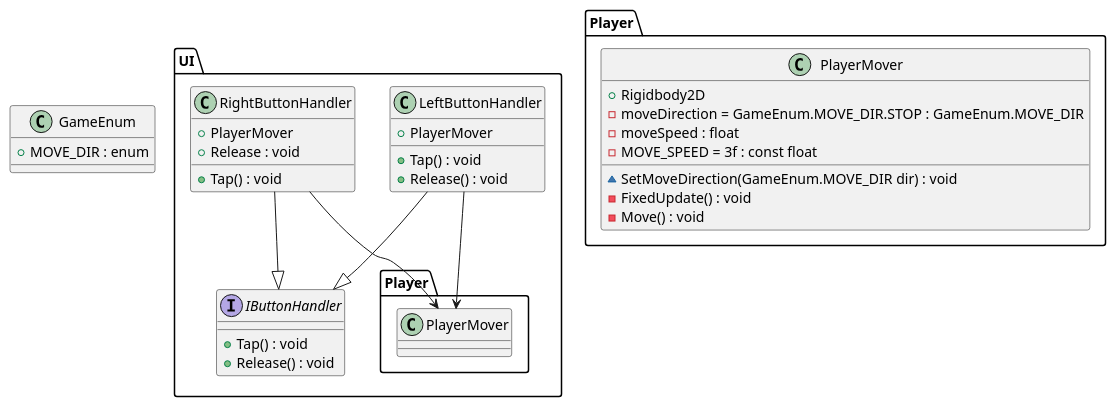
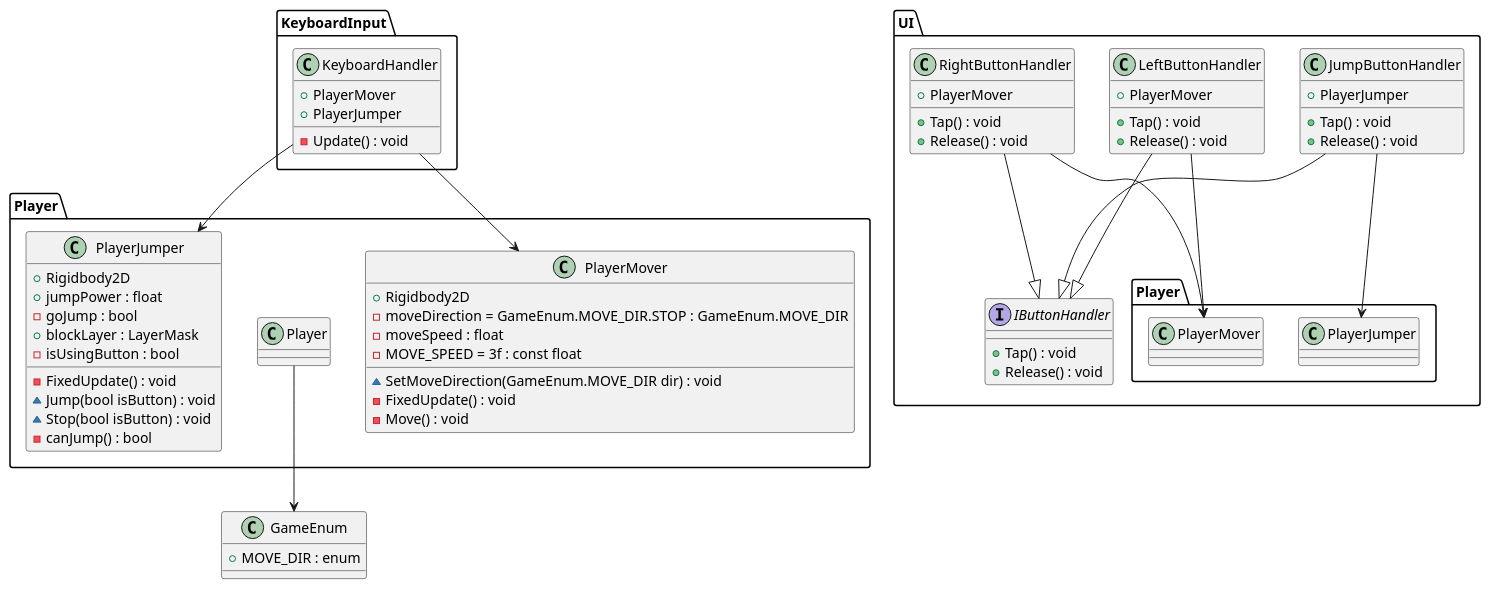
The diagram in TheRun/UML/class.pu (gladiolusbamboo/180921UnityTerakoyaAgain), drawn with PlantUML before and after one commit. The commit also changed 15 other files, not shown here.

```diff
--- a/TheRun/UML/class.pu
+++ b/TheRun/UML/class.pu
@@ -1,43 +1,72 @@
 @startuml TheRun
 class GameEnum{
     + MOVE_DIR : enum
 }
 
 namespace UI{
     interface IButtonHandler{
         + Tap() : void
         + Release() : void
     }
 
     class LeftButtonHandler{
         + PlayerMover
         + Tap() : void
         + Release() : void
     }
     LeftButtonHandler --> Player.PlayerMover
     LeftButtonHandler --|> IButtonHandler
 
     class RightButtonHandler{
         + PlayerMover
         + Tap() : void
-        + Release : void
+        + Release() : void
     }
     RightButtonHandler --> Player.PlayerMover
     RightButtonHandler --|> IButtonHandler
+
+    class JumpButtonHandler{
+        + PlayerJumper
+        + Tap() : void
+        + Release() : void
+    }
+    JumpButtonHandler --> Player.PlayerJumper
+    JumpButtonHandler --|> IButtonHandler
 }
 
 namespace Player{
     class PlayerMover{
         + Rigidbody2D
         - moveDirection = GameEnum.MOVE_DIR.STOP : GameEnum.MOVE_DIR
         - moveSpeed : float
         - MOVE_SPEED = 3f : const float 
         ~ SetMoveDirection(GameEnum.MOVE_DIR dir) : void
         - FixedUpdate() : void
         - Move() : void
     }
+    Player --> .GameEnum
+
+    class PlayerJumper{
+        + Rigidbody2D
+        + jumpPower : float
+        - goJump : bool
+        + blockLayer : LayerMask
+        - isUsingButton : bool
+        - FixedUpdate() : void
+        ~ Jump(bool isButton) : void
+        ~ Stop(bool isButton) : void
+        - canJump() : bool
+    }
 }
 
-
+namespace KeyboardInput{
+    class KeyboardHandler{
+        + PlayerMover
+        + PlayerJumper
+        - Update() : void
+    }
+    KeyboardHandler --> Player.PlayerMover
+    KeyboardHandler --> Player.PlayerJumper
+}
 
 @enduml
```
